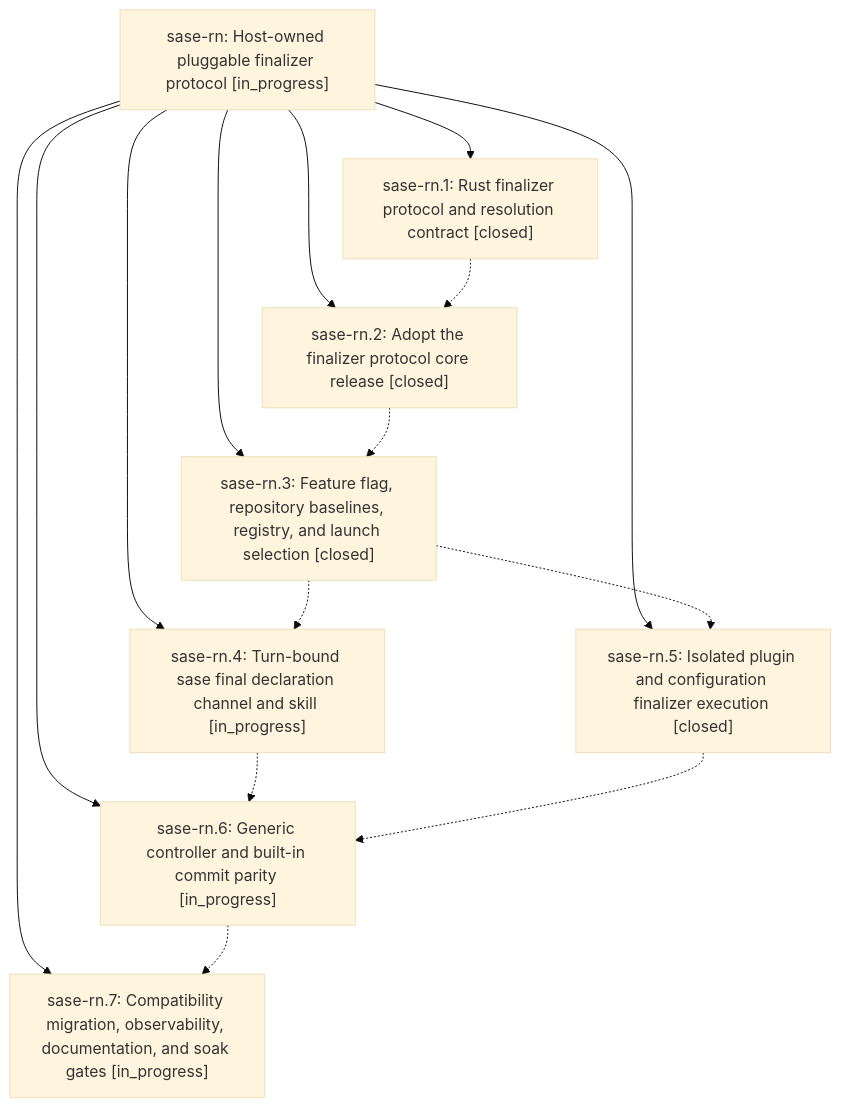
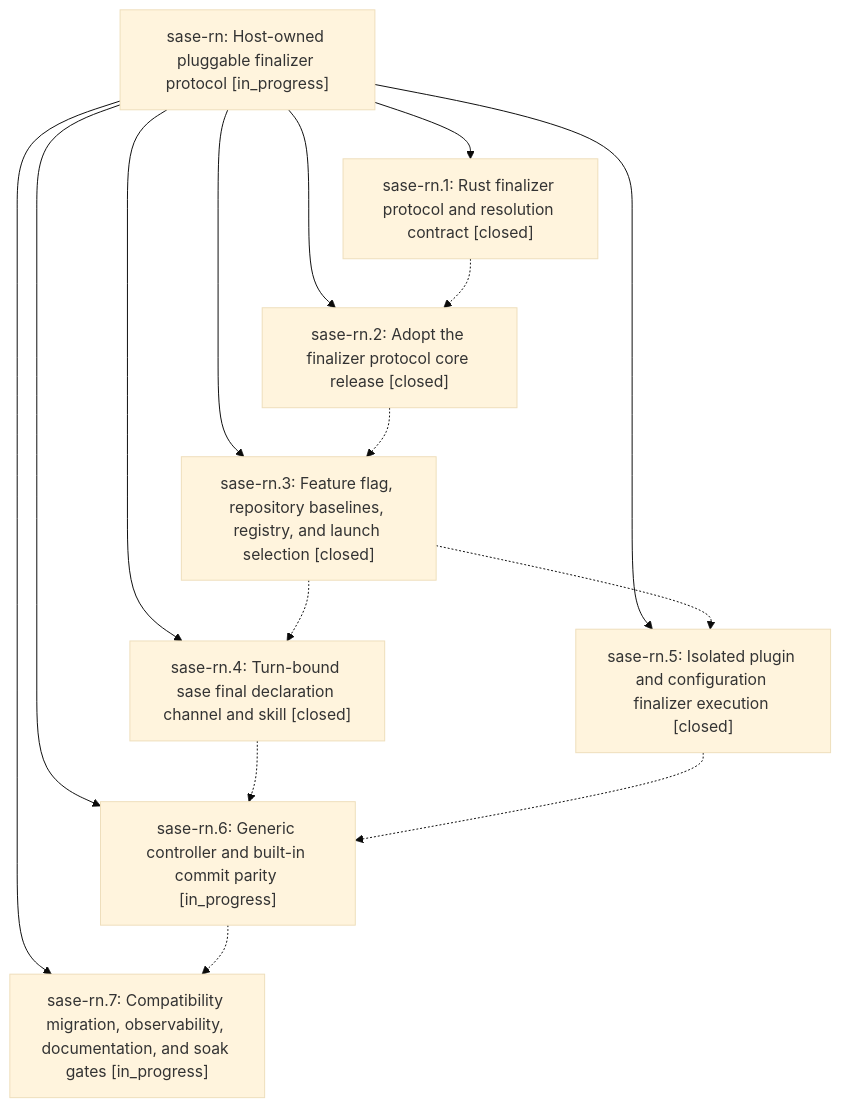
The diagram in pages/sase-rn/README.md (sase-org/sase--beads), drawn with Mermaid (base theme) before and after one commit. The commit also changed other lines of this file and 3 other files, not shown here.

````diff
--- a/pages/sase-rn/README.md
+++ b/pages/sase-rn/README.md
@@ -28,25 +28,25 @@
 ```mermaid
 flowchart TD
     n0["sase-rn: Host-owned pluggable finalizer protocol [in_progress]"]
     n1["sase-rn.1: Rust finalizer protocol and resolution contract [closed]"]
     n2["sase-rn.2: Adopt the finalizer protocol core release [closed]"]
     n3["sase-rn.3: Feature flag, repository baselines, registry, and launch selection [closed]"]
-    n4["sase-rn.4: Turn-bound sase final declaration channel and skill [in_progress]"]
+    n4["sase-rn.4: Turn-bound sase final declaration channel and skill [closed]"]
     n5["sase-rn.5: Isolated plugin and configuration finalizer execution [closed]"]
     n6["sase-rn.6: Generic controller and built-in commit parity [in_progress]"]
     n7["sase-rn.7: Compatibility migration, observability, documentation, and soak gates [in_progress]"]
     n0 --> n1
     n0 --> n2
     n0 --> n3
     n0 --> n4
     n0 --> n5
     n0 --> n6
     n0 --> n7
     n1 -.-> n2
     n2 -.-> n3
     n3 -.-> n4
     n3 -.-> n5
     n4 -.-> n6
     n5 -.-> n6
     n6 -.-> n7
 ```
````
